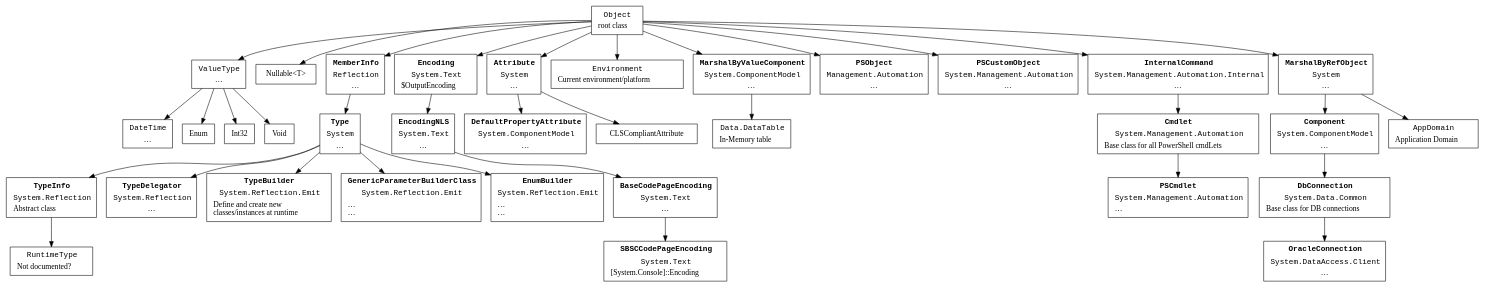
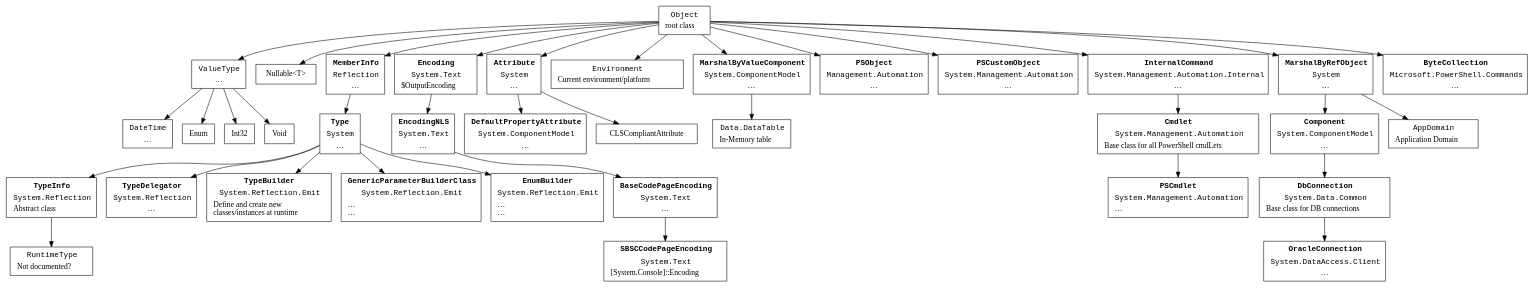
Before and after one commit to ReneNyffenegger/temp-dotNet: the diagram in namespaces/hierarchy.dot, drawn with Graphviz.

Commit message:
ByteCollection

```diff
--- a/namespaces/hierarchy.dot
+++ b/namespaces/hierarchy.dot
@@ -175,6 +175,14 @@
                              <tr><td align="text"><font face="Courier">AppDomain</font></td></tr>
                              <tr><td>Application Domain</td></tr></table> > ];
 
+    Microsoft_PowerShell_Commands_ByteCollection [ label=< <table border="0">
+       <tr><td align="text"><font face="Courier"><b>ByteCollection</b></font></td></tr>
+       <tr><td align="text"><font face="Courier">Microsoft.PowerShell.Commands</font></td></tr>
+       <tr><td>…</td></tr></table> > ];
+
+    System_Object -> Microsoft_PowerShell_Commands_ByteCollection
+
+
     System_CLSCompliantAttribute [ label = "CLSCompliantAttribute" ];
 
     System_ValueType -> System_Enum;
```
